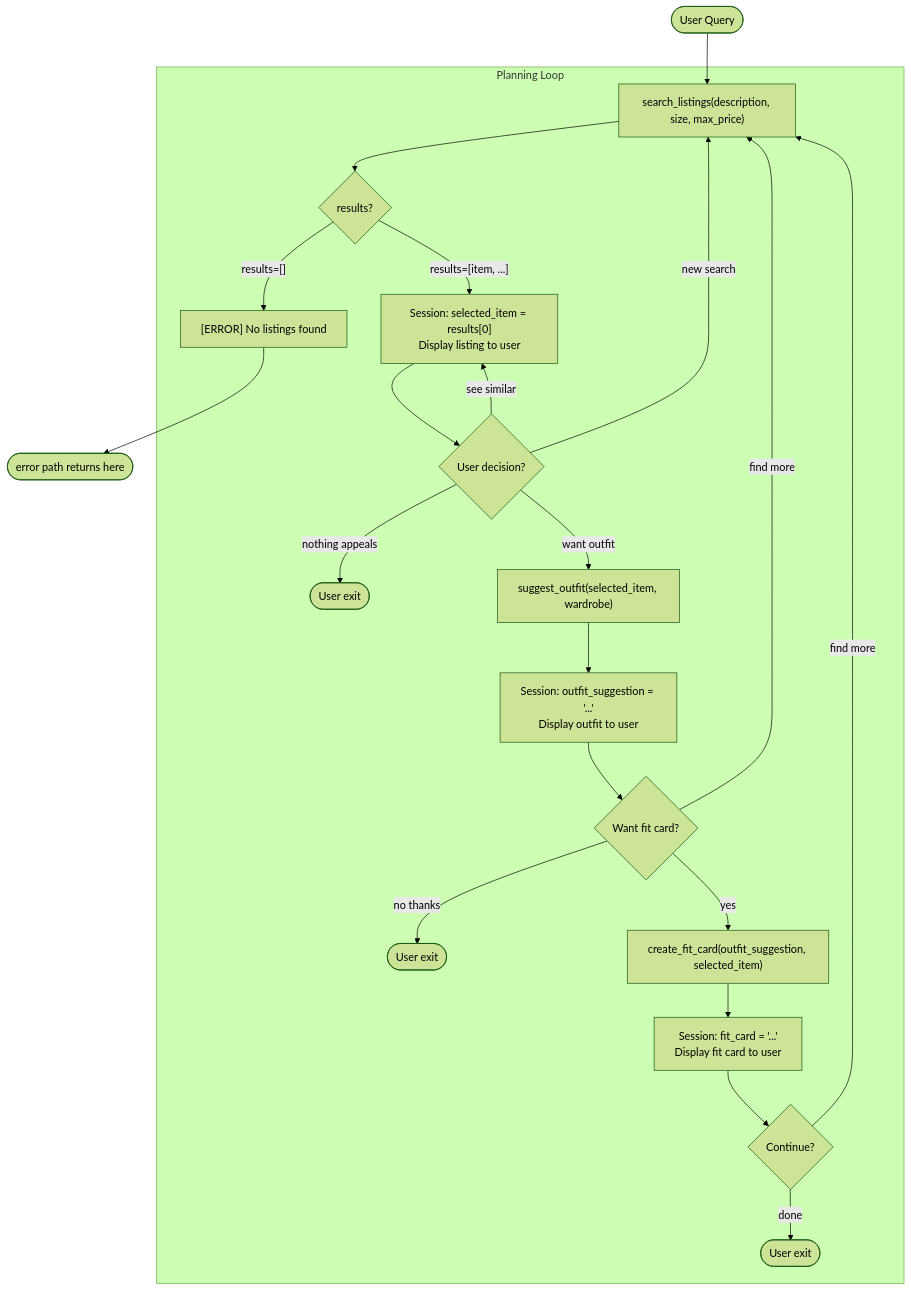
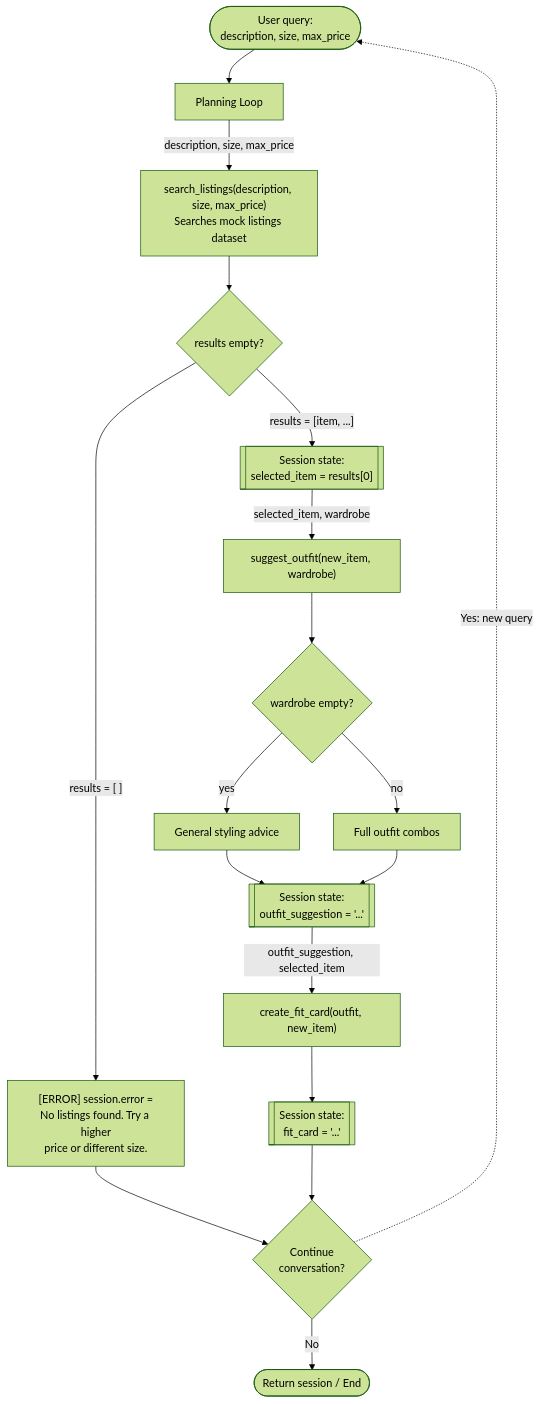
The diagram in planning.md (a-maryam/ai201-project2-fitfindr-starter), drawn with Mermaid (forest theme) before and after one commit. The commit also changed other lines of this file, not shown here.

Commit message:
New diagram and interaction flow

````diff
--- a/planning.md
+++ b/planning.md
@@ -117,27 +117,28 @@
-```mermaid  
+``` mermaid
 flowchart TD
-    A([User Query]) --> B
+    User([User query:<br/>description, size, max_price])
+    User --> PL[Planning Loop]
 
-    subgraph loop[Planning Loop]
-        B["search_listings(description, size, max_price)"]
-        B --> C{results?}
-        C -->|"results=[]"| ERR1["[ERROR] No listings found"]
-        C -->|"results=[item, ...]"| D["Session: selected_item = results[0]\nDisplay listing to user"]
-        D --> F{User decision?}
-        F -->|see similar| D
-        F -->|nothing appeals| EXIT1([User exit])
-        F -->|new search| B
-        F -->|want outfit| H["suggest_outfit(selected_item, wardrobe)"]
-        H --> I["Session: outfit_suggestion = '...'\nDisplay outfit to user"]
-        I --> K{Want fit card?}
-        K -->|no thanks| EXIT2([User exit])
-        K -->|find more| B
-        K -->|yes| L["create_fit_card(outfit_suggestion, selected_item)"]
-        L --> M["Session: fit_card = '...'\nDisplay fit card to user"]
-        M --> P{Continue?}
-        P -->|find more| B
-        P -->|done| EXIT3([User exit])
-    end
+    PL -->|"description, size, max_price"| Search["search_listings(description, size, max_price)<br/>Searches mock listings dataset"]
 
-    ERR1 --> END([error path returns here])
+    Search --> CheckEmpty{results empty?}
+
+    CheckEmpty -->|"results = [ ]"| Err["[ERROR] session.error =<br/>No listings found. Try a higher<br/>price or different size."]
+
+    CheckEmpty -->|"results = [item, ...]"| S1[["Session state:<br/>selected_item = results[0]"]]
+    S1 -->|"selected_item, wardrobe"| Suggest["suggest_outfit(new_item, wardrobe)"]
+
+    Suggest --> WardrobeCheck{wardrobe empty?}
+    WardrobeCheck -->|"yes"| GeneralAdvice["General styling advice"]
+    WardrobeCheck -->|"no"| FullOutfit["Full outfit combos"]
+    GeneralAdvice --> S2[["Session state:<br/>outfit_suggestion = '...'"]]
+    FullOutfit --> S2
+
+    S2 -->|"outfit_suggestion, selected_item"| FitCard["create_fit_card(outfit, new_item)"]
+    FitCard --> S3[["Session state:<br/>fit_card = '...'"]]
+
+    Err --> Continue{Continue<br/>conversation?}
+    S3 --> Continue
+    Continue -.->|"Yes: new query"| User
+    Continue -->|No| End([Return session / End])
 ```
````
